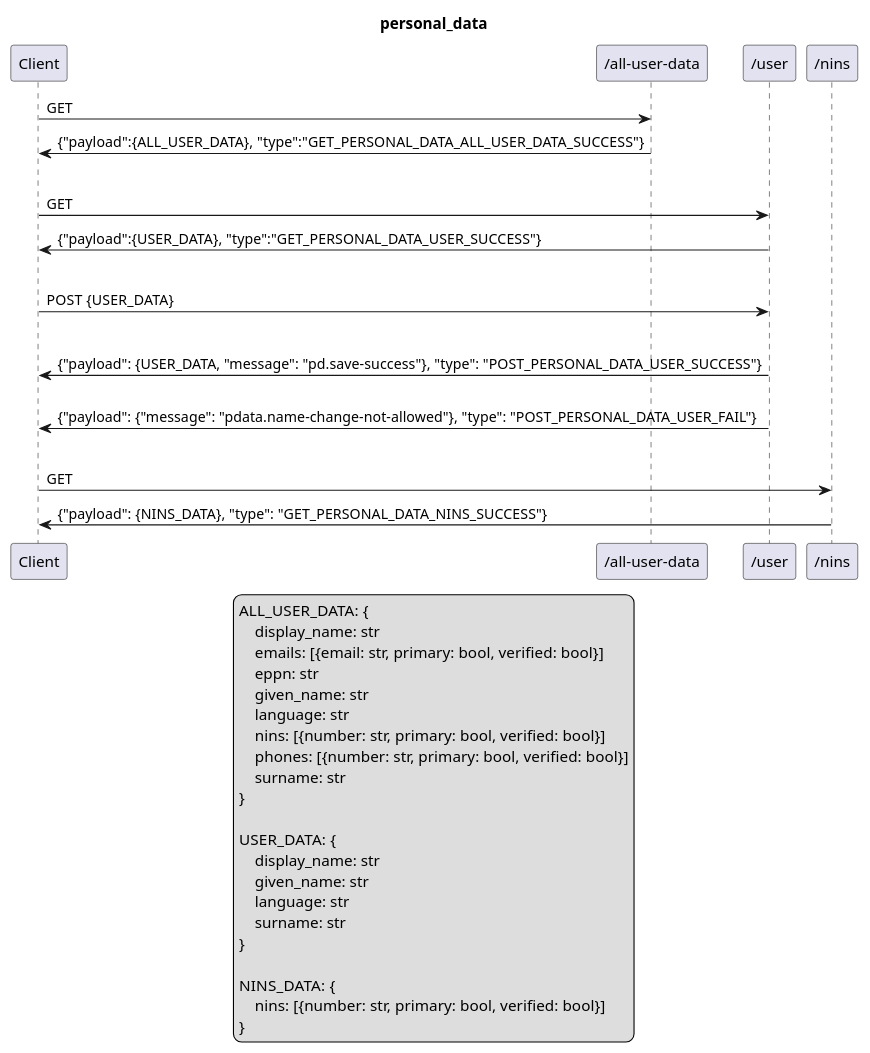
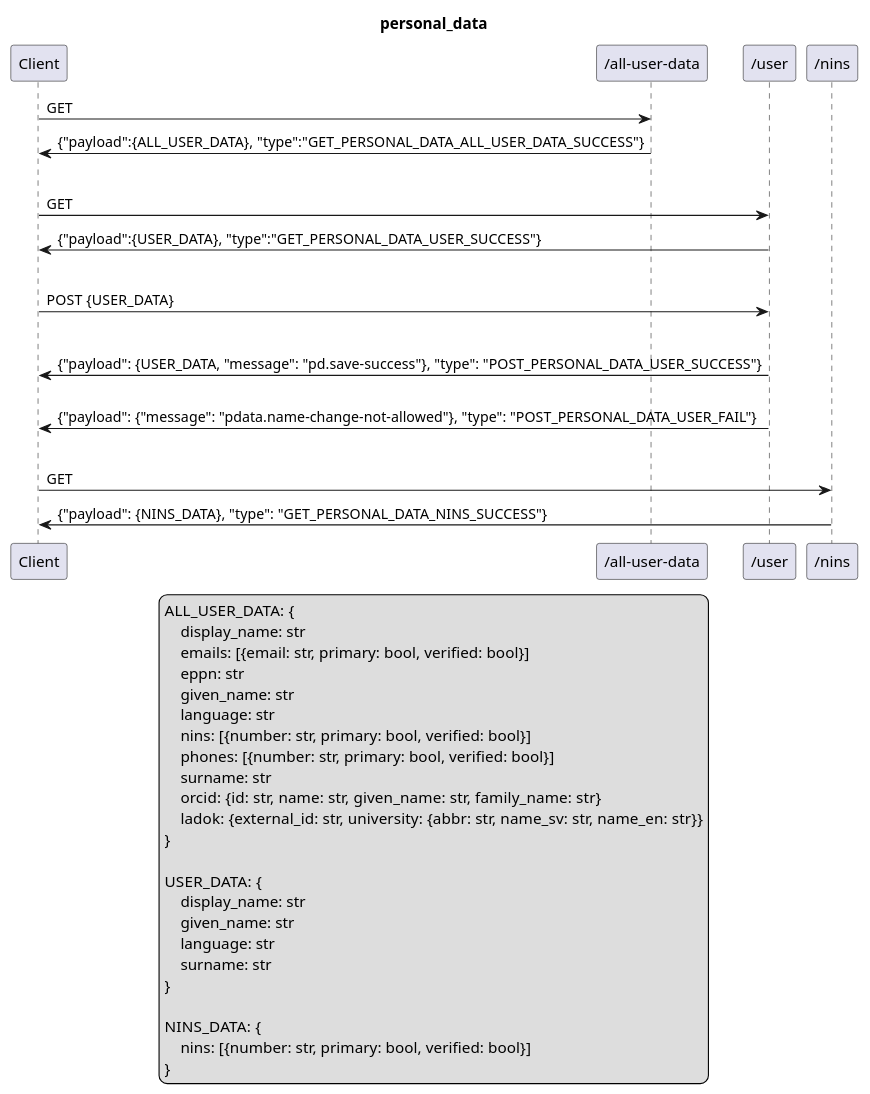
Before and after one commit to SUNET/eduid-backend: the diagram in doc/personal_data.puml, drawn with PlantUML.

Commit message:
added orcid and ladok to personal data doc

```diff
--- a/doc/personal_data.puml
+++ b/doc/personal_data.puml
@@ -1,42 +1,44 @@
 @startuml
 title personal_data
 
 legend
     ALL_USER_DATA: {
         display_name: str
         emails: [{email: str, primary: bool, verified: bool}]
         eppn: str
         given_name: str
         language: str
         nins: [{number: str, primary: bool, verified: bool}]
         phones: [{number: str, primary: bool, verified: bool}]
         surname: str
+        orcid: {id: str, name: str, given_name: str, family_name: str}
+        ladok: {external_id: str, university: {abbr: str, name_sv: str, name_en: str}}
     }
 
     USER_DATA: {
         display_name: str
         given_name: str
         language: str
         surname: str
     }
 
     NINS_DATA: {
         nins: [{number: str, primary: bool, verified: bool}]
     }
 end legend
 
 Client->"/all-user-data": GET
 "/all-user-data"->Client: {"payload":{ALL_USER_DATA}, "type":"GET_PERSONAL_DATA_ALL_USER_DATA_SUCCESS"}
 |||
 Client->"/user": GET
 "/user"->Client: {"payload":{USER_DATA}, "type":"GET_PERSONAL_DATA_USER_SUCCESS"}
 |||
 Client->"/user": POST {USER_DATA}
 alt user data updated successfully
     "/user"->Client: {"payload": {USER_DATA, "message": "pd.save-success"}, "type": "POST_PERSONAL_DATA_USER_SUCCESS"}
 else user is verified and tries to set given_name or surname
     "/user"->Client: {"payload": {"message": "pdata.name-change-not-allowed"}, "type": "POST_PERSONAL_DATA_USER_FAIL"}
 |||
 Client->"/nins": GET
 "/nins"->Client: {"payload": {NINS_DATA}, "type": "GET_PERSONAL_DATA_NINS_SUCCESS"}
 @enduml
```
